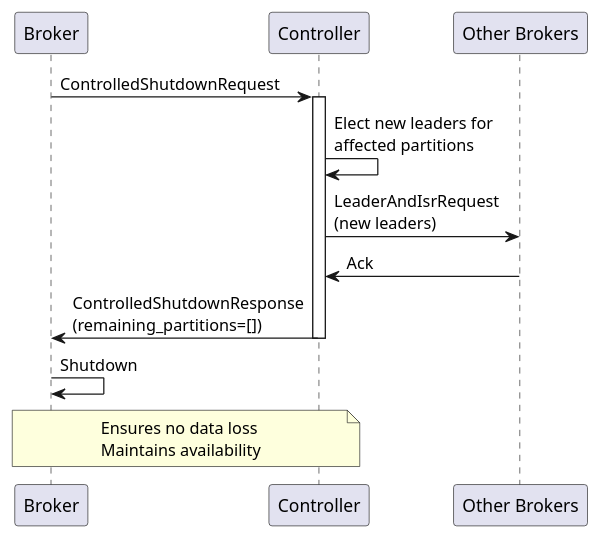
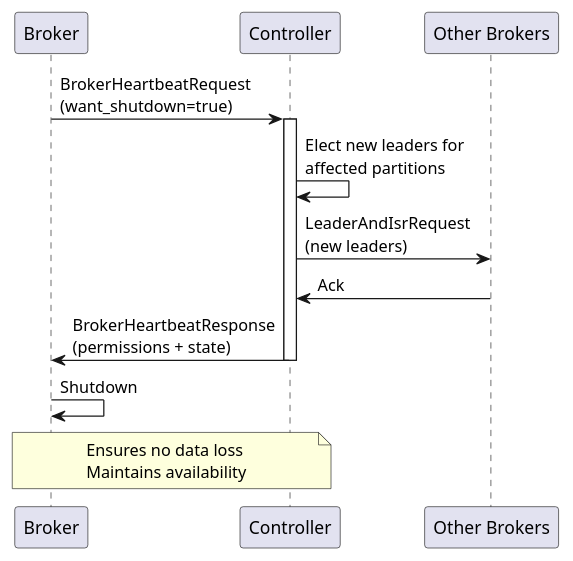
Before and after one commit to axonops/documentation: the fifth of 5 diagrams in docs/data-platforms/kafka/architecture/cluster-management/index.md, drawn with PlantUML. The commit also changed other lines of this file and 34 other files, not shown here.

Commit message:
Updated Kafka architecture documents

````diff
--- a/docs/data-platforms/kafka/architecture/cluster-management/index.md
+++ b/docs/data-platforms/kafka/architecture/cluster-management/index.md
@@ -341,29 +353,29 @@
 ```plantuml
 @startuml
 
 
 participant "Broker" as broker
 participant "Controller" as ctrl
 participant "Other Brokers" as others
 
-broker -> ctrl : ControlledShutdownRequest
+broker -> ctrl : BrokerHeartbeatRequest\n(want_shutdown=true)
 activate ctrl
 
 ctrl -> ctrl : Elect new leaders for\naffected partitions
 
 ctrl -> others : LeaderAndIsrRequest\n(new leaders)
 
 others -> ctrl : Ack
 
-ctrl -> broker : ControlledShutdownResponse\n(remaining_partitions=[])
+ctrl -> broker : BrokerHeartbeatResponse\n(permissions + state)
 deactivate ctrl
 
 broker -> broker : Shutdown
 
 note over broker, ctrl
   Ensures no data loss
   Maintains availability
 end note
 
 @enduml
 ```
````
